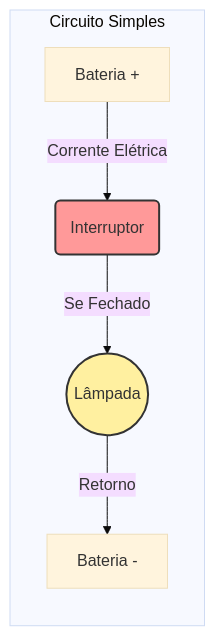
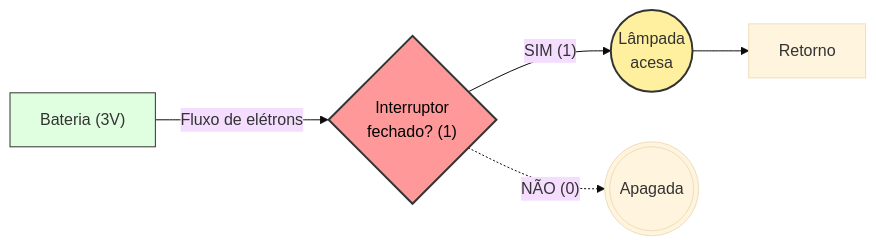
Before and after one commit to scovl/scovl.github.io: the first of 6 diagrams in blog/content/post/histComp02.md, drawn with Mermaid (base theme). The commit also changed other lines of this file and 98 other files, not shown here.

````diff
--- a/blog/content/post/histComp02.md
+++ b/blog/content/post/histComp02.md
@@ -27,12 +77,11 @@
 ```mermaid
-graph LR
-    subgraph Circuito Simples
-    B[Bateria +] -- Corrente Elétrica --> S(Interruptor)
-    S -- Se Fechado --> L((Lâmpada))
-    L -- Retorno --> B_neg[Bateria -]
-    end
+flowchart LR
+    B["Bateria (3V)"] -->|"Fluxo de elétrons"| S{"Interruptor<br>fechado? (1)"}
+    S -->|"SIM (1)"| L(("Lâmpada<br>acesa"))
+    S -.->|"NÃO (0)"| O((("Apagada")))
+    L --> B_neg["Retorno"]
     
-    style S fill:#ff9999,stroke:#333,stroke-width:2px
+    style S fill:#ff9999,stroke:#333,stroke-width:2px,color:#000
     style L fill:#fff0a0,stroke:#333,stroke-width:2px
-
+    style B fill:#e0ffe0,stroke:#333
 ```
````
